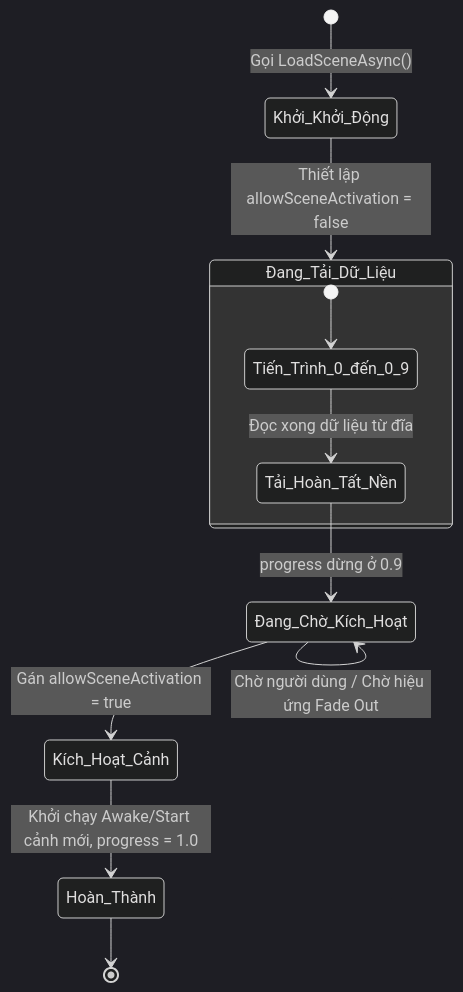
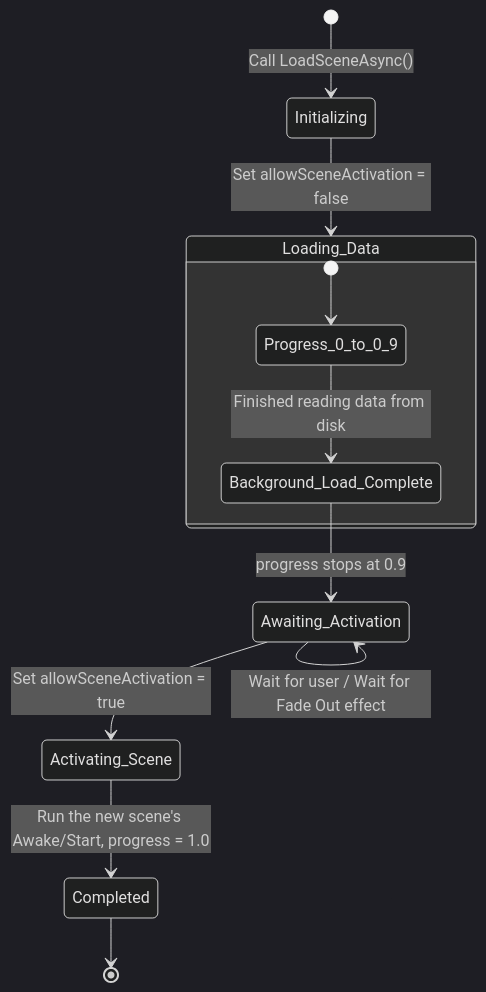
The diagram in Doc/en/03-Unity/01-Manual/11-Scenes/00-scenes-overview.md (bugkodc/Road_Map_GameDev), drawn with Mermaid (dark theme) before and after one commit. The commit also changed other lines of this file and 38 other files, not shown here.

First line of the commit message:
Translate residual Vietnamese in English docs (diagrams, code, strings)

````diff
--- a/Doc/en/03-Unity/01-Manual/11-Scenes/00-scenes-overview.md
+++ b/Doc/en/03-Unity/01-Manual/11-Scenes/00-scenes-overview.md
@@ -66,17 +66,17 @@
 ```mermaid
 stateDiagram-v2
-    [*] --> Khởi_Khởi_Động : Gọi LoadSceneAsync()
-    Khởi_Khởi_Động --> Đang_Tải_Dữ_Liệu : Thiết lập allowSceneActivation = false
+    [*] --> Initializing : Call LoadSceneAsync()
+    Initializing --> Loading_Data : Set allowSceneActivation = false
     
-    state Đang_Tải_Dữ_Liệu {
-        [*] --> Tiến_Trình_0_đến_0_9
-        Tiến_Trình_0_đến_0_9 --> Tải_Hoàn_Tất_Nền : Đọc xong dữ liệu từ đĩa
+    state Loading_Data {
+        [*] --> Progress_0_to_0_9
+        Progress_0_to_0_9 --> Background_Load_Complete : Finished reading data from disk
     }
 
-    Tải_Hoàn_Tất_Nền --> Đang_Chờ_Kích_Hoạt : progress dừng ở 0.9
-    Đang_Chờ_Kích_Hoạt --> Đang_Chờ_Kích_Hoạt : Chờ người dùng / Chờ hiệu ứng Fade Out
+    Background_Load_Complete --> Awaiting_Activation : progress stops at 0.9
+    Awaiting_Activation --> Awaiting_Activation : Wait for user / Wait for Fade Out effect
     
-    Đang_Chờ_Kích_Hoạt --> Kích_Hoạt_Cảnh : Gán allowSceneActivation = true
-    Kích_Hoạt_Cảnh --> Hoàn_Thành : Khởi chạy Awake/Start cảnh mới, progress = 1.0
-    Hoàn_Thành --> [*]
+    Awaiting_Activation --> Activating_Scene : Set allowSceneActivation = true
+    Activating_Scene --> Completed : Run the new scene's Awake/Start, progress = 1.0
+    Completed --> [*]
 ```
````
